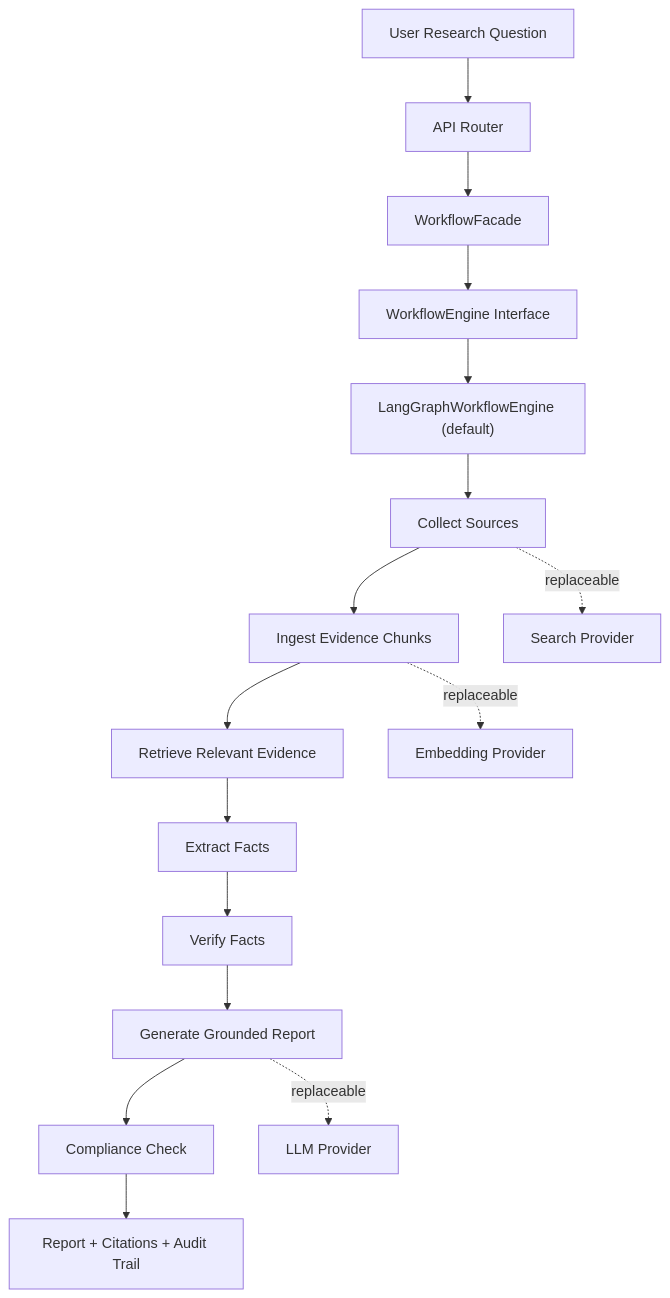
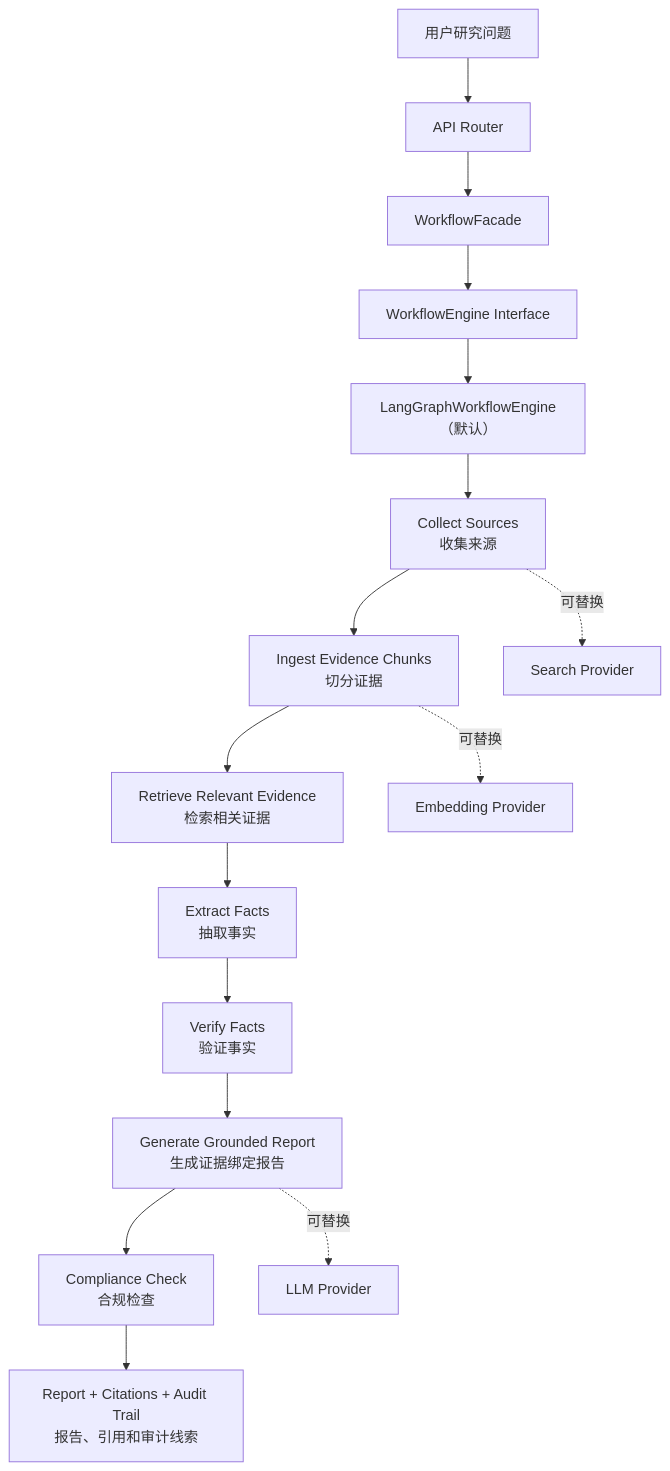
The diagram in README.md (Yaoniguan-Money/Verifiable-Company-Research-Agent), drawn with Mermaid before and after one commit. The commit also changed other lines of this file and 61 other files, not shown here.

````diff
--- a/README.md
+++ b/README.md
@@ -40,19 +42,19 @@
 ```mermaid
 flowchart TD
-    A["User Research Question"] --> B["API Router"]
+    A["用户研究问题"] --> B["API Router"]
     B --> C["WorkflowFacade"]
     C --> D["WorkflowEngine Interface"]
-    D --> E["LangGraphWorkflowEngine (default)"]
-    E --> F["Collect Sources"]
-    F --> G["Ingest Evidence Chunks"]
-    G --> H["Retrieve Relevant Evidence"]
-    H --> I["Extract Facts"]
-    I --> J["Verify Facts"]
-    J --> K["Generate Grounded Report"]
-    K --> L["Compliance Check"]
-    L --> M["Report + Citations + Audit Trail"]
+    D --> E["LangGraphWorkflowEngine（默认）"]
+    E --> F["Collect Sources<br/>收集来源"]
+    F --> G["Ingest Evidence Chunks<br/>切分证据"]
+    G --> H["Retrieve Relevant Evidence<br/>检索相关证据"]
+    H --> I["Extract Facts<br/>抽取事实"]
+    I --> J["Verify Facts<br/>验证事实"]
+    J --> K["Generate Grounded Report<br/>生成证据绑定报告"]
+    K --> L["Compliance Check<br/>合规检查"]
+    L --> M["Report + Citations + Audit Trail<br/>报告、引用和审计线索"]
 
-    F -. "replaceable" .-> SP["Search Provider"]
-    G -. "replaceable" .-> EP["Embedding Provider"]
-    K -. "replaceable" .-> LP["LLM Provider"]
+    F -. "可替换" .-> SP["Search Provider"]
+    G -. "可替换" .-> EP["Embedding Provider"]
+    K -. "可替换" .-> LP["LLM Provider"]
 ```
````
